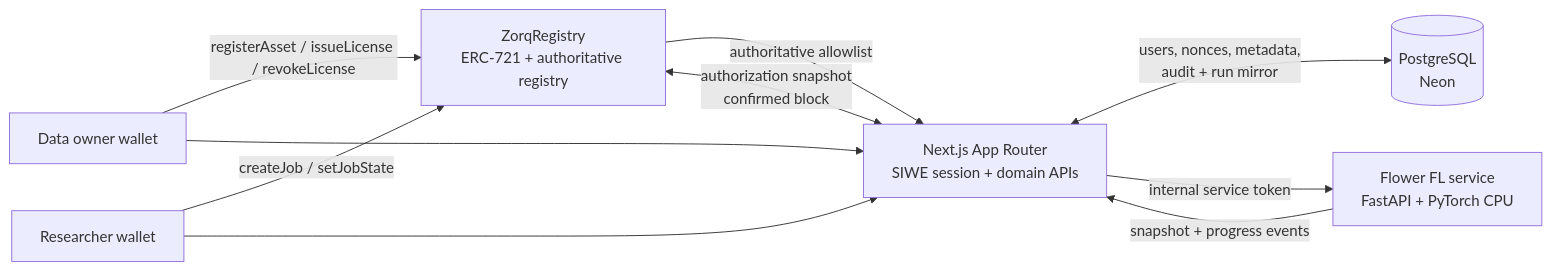
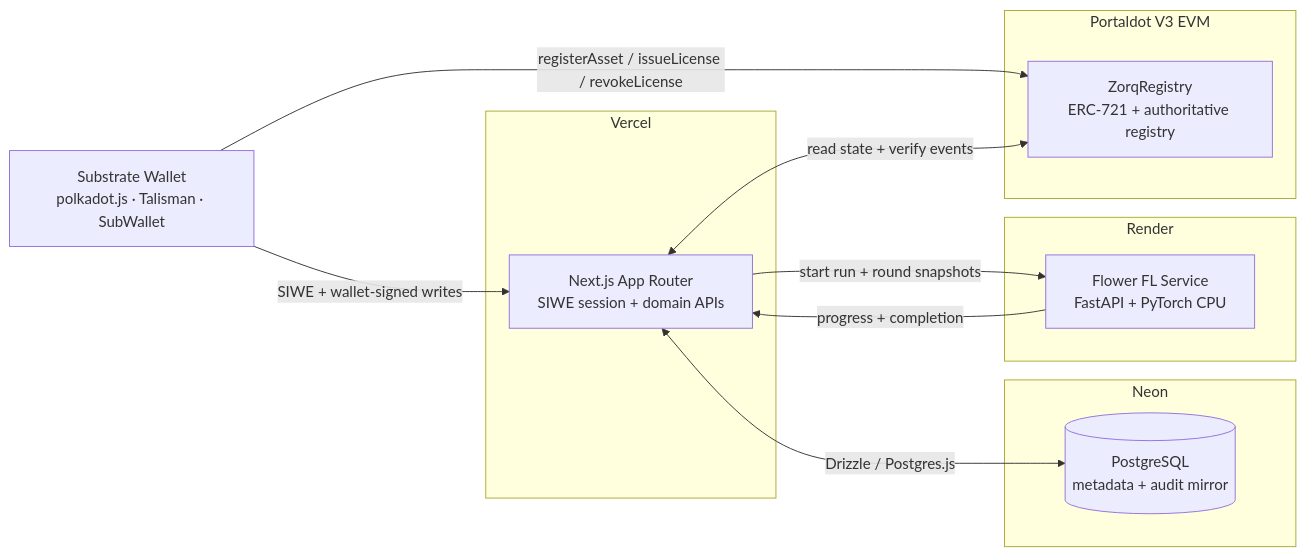
One commit to onyebuchidaniel60/Zorq changed the diagram in README.md. Above: the diagram before and after it, drawn with Mermaid. The commit also changed other lines of this file and 13 other files, not shown here.

````diff
--- a/README.md
+++ b/README.md
@@ -36,14 +89,27 @@
 ```mermaid
 flowchart LR
-  Owner["Data owner wallet"] -->|"registerAsset / issueLicense / revokeLicense"| Contract["ZorqRegistry<br/>ERC-721 + authoritative registry"]
-  Researcher["Researcher wallet"] -->|"createJob / setJobState"| Contract
+  Wallet["Substrate Wallet<br/>polkadot.js · Talisman · SubWallet"]
 
-  Web["Next.js App Router<br/>SIWE session + domain APIs"] <-->|"authorization snapshot<br/>confirmed block"| Contract
-  Web <-->|"users, nonces, metadata,<br/>audit + run mirror"| DB[("PostgreSQL<br/>Neon")]
-  Web -->|"internal service token"| FL["Flower FL service<br/>FastAPI + PyTorch CPU"]
-  FL -->|"snapshot + progress events"| Web
-  Contract -->|"authoritative allowlist"| Web
+  subgraph Vercel["Vercel"]
+    Web["Next.js App Router<br/>SIWE session + domain APIs"]
+  end
 
-  Owner --> Web
-  Researcher --> Web
+  subgraph Neon["Neon"]
+    DB[("PostgreSQL<br/>metadata + audit mirror")]
+  end
+
+  subgraph Render["Render"]
+    FL["Flower FL Service<br/>FastAPI + PyTorch CPU"]
+  end
+
+  subgraph Portaldot["Portaldot V3 EVM"]
+    EVM["ZorqRegistry<br/>ERC-721 + authoritative registry"]
+  end
+
+  Wallet -->|"SIWE + wallet-signed writes"| Web
+  Wallet -->|"registerAsset / issueLicense / revokeLicense"| EVM
+  Web <-->|"Drizzle / Postgres.js"| DB
+  Web -->|"start run + round snapshots"| FL
+  FL -->|"progress + completion"| Web
+  Web <-->|"read state + verify events"| EVM
 ```
````
